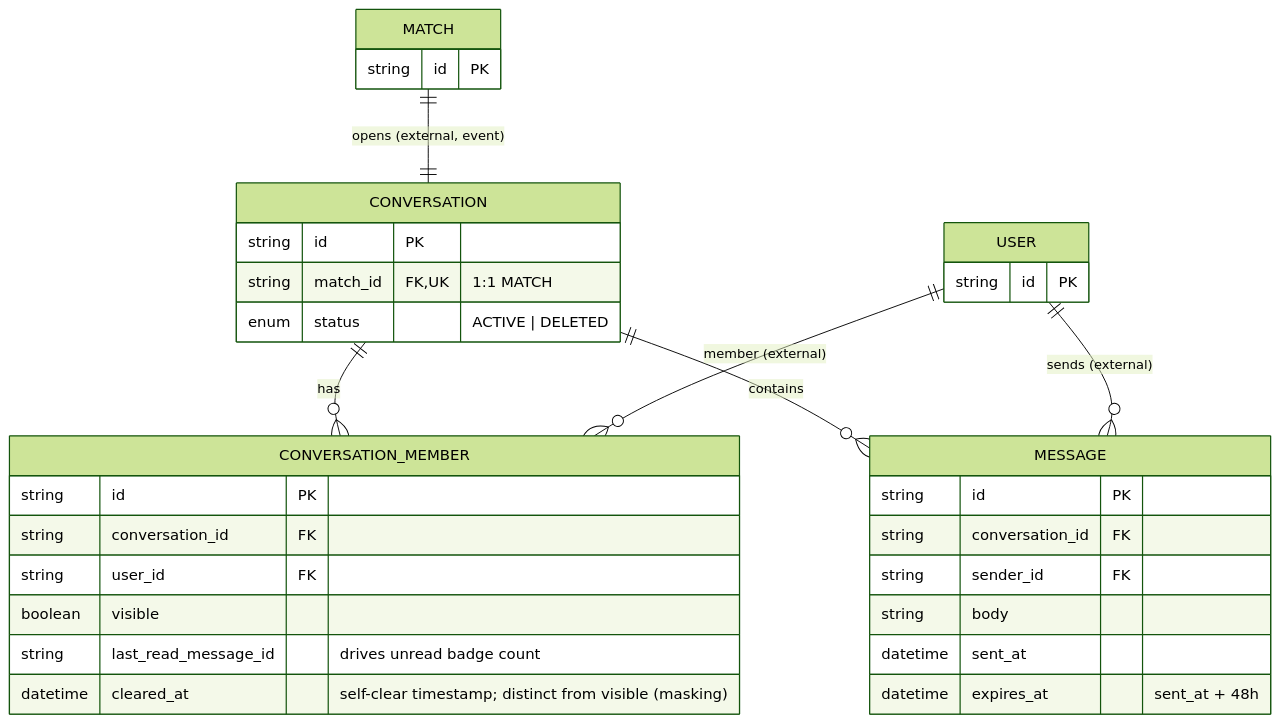
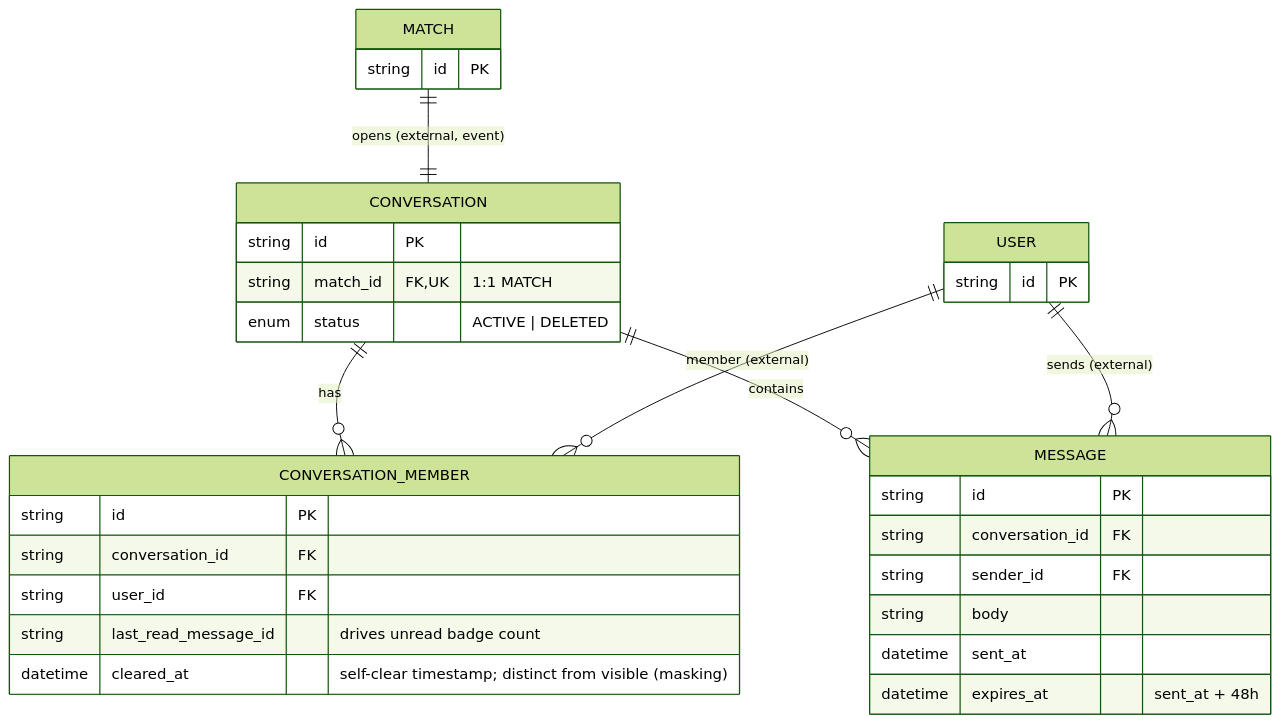
One commit to cheetah-org/fold-design changed the sixth of 8 diagrams in entities/er-diagram.md. Above: the diagram before and after it, drawn with Mermaid (forest theme). The commit also changed other lines of this file and 2 other files, not shown here.

Commit message:
Document the messaging core: ConversationCreated, live masking, clearing
- messaging.md: implementation notes (thread creation and the new
  ConversationCreated event, live masking, unmatch and clear semantics,
  strict privacy, unread badge, history paging, config)
- commons.md: ConversationCreated event and the MatchingClient batch lookup
- ER: CONVERSATION_MEMBER.visible removed (masking is derived live)

````diff
--- a/entities/er-diagram.md
+++ b/entities/er-diagram.md
@@ -445,40 +444,39 @@
 ```mermaid
 erDiagram
     %% Owned entities
     CONVERSATION {
         string id PK
         string match_id FK, UK "1:1 MATCH"
         enum status "ACTIVE | DELETED"
     }
     CONVERSATION_MEMBER {
         string id PK
         string conversation_id FK
         string user_id FK
-        boolean visible
         string last_read_message_id "drives unread badge count"
         datetime cleared_at "self-clear timestamp; distinct from visible (masking)"
     }
     MESSAGE {
         string id PK
         string conversation_id FK
         string sender_id FK
         string body
         datetime sent_at
         datetime expires_at "sent_at + 48h"
     }
 
     %% External references (owned by Matching / User Service)
     MATCH {
         string id PK
     }
     USER {
         string id PK
     }
 
     %% Relationships
     MATCH ||--|| CONVERSATION : "opens (external, event)"
     CONVERSATION ||--o{ CONVERSATION_MEMBER : "has"
     USER ||--o{ CONVERSATION_MEMBER : "member (external)"
     CONVERSATION ||--o{ MESSAGE : "contains"
     USER ||--o{ MESSAGE : "sends (external)"
 ```
````
